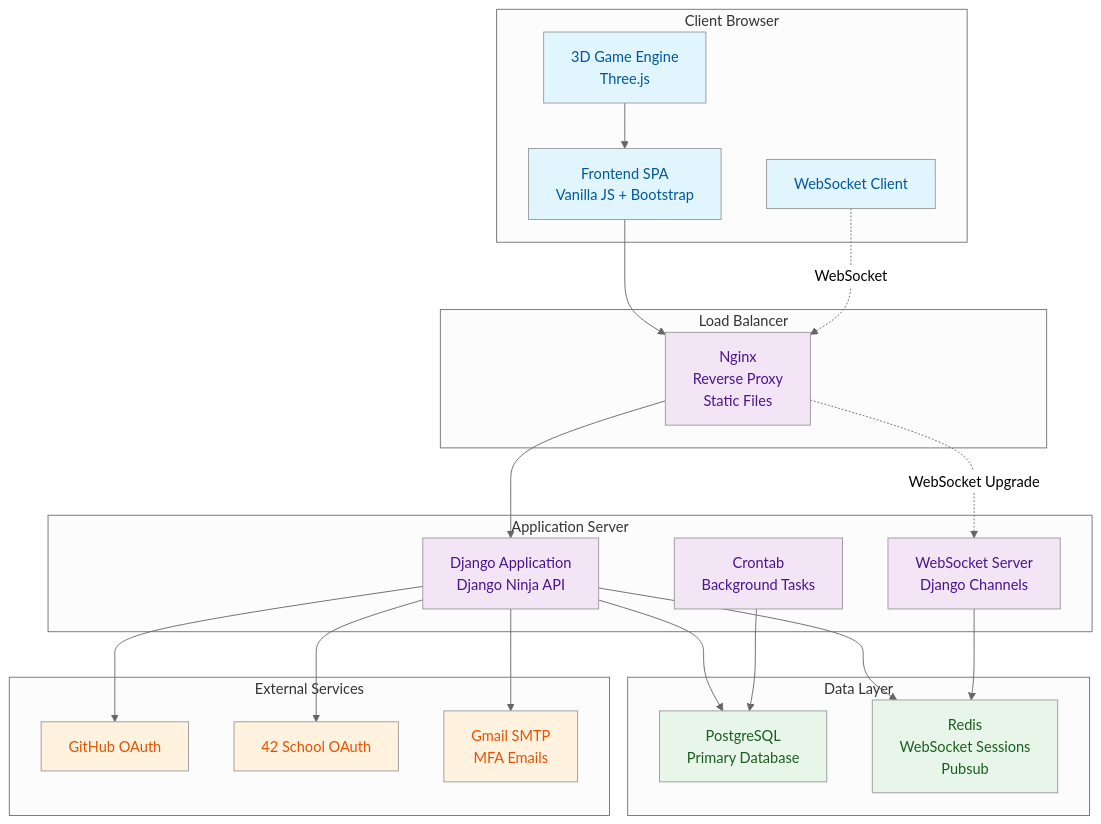
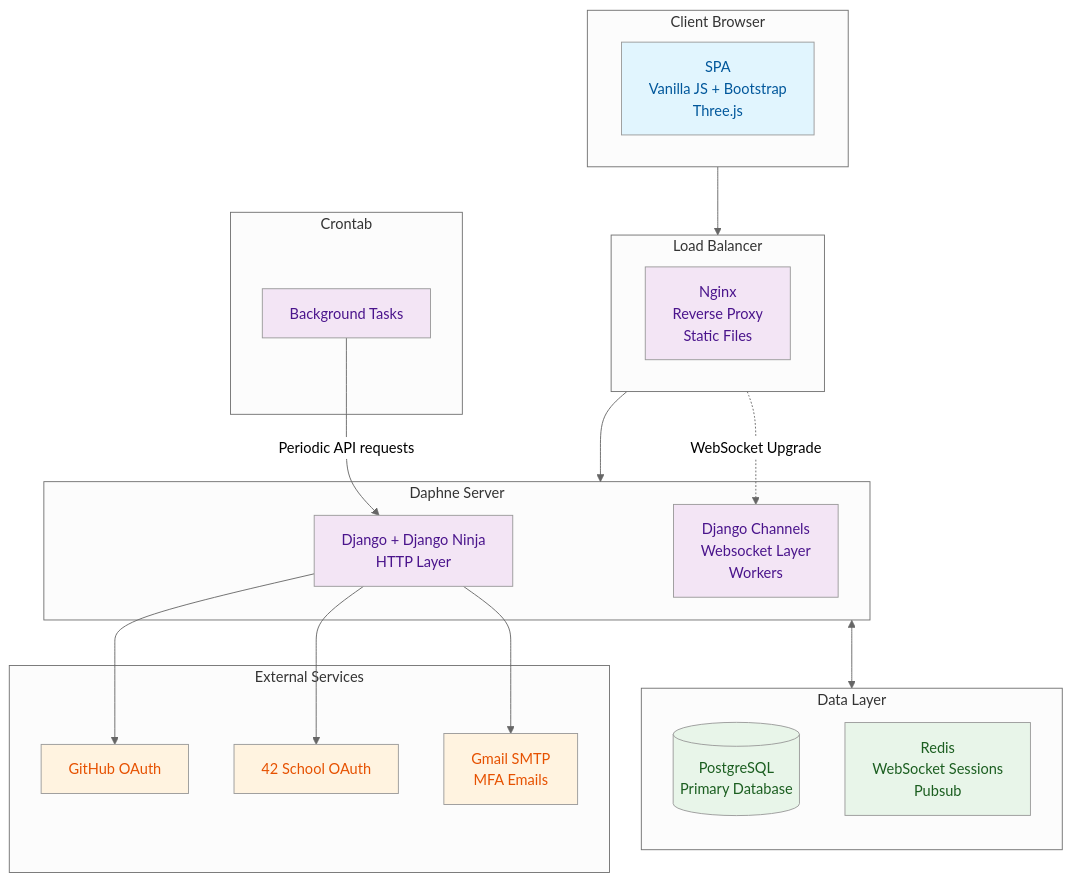
One commit to ysengoku/42-ft_transcendence changed the diagram in README.md. Above: the diagram before and after it, drawn with Mermaid (neutral theme).

Commit message:
doc: updated the diagram in the README.md

````diff
--- a/README.md
+++ b/README.md
@@ -106,61 +106,60 @@
 ```mermaid
 graph TB
-    subgraph "Client Browser"
-        UI[Frontend SPA<br/>Vanilla JS + Bootstrap]
-        WS_CLIENT[WebSocket Client]
-        GAME_ENGINE[3D Game Engine<br/>Three.js]
+    subgraph CLIENT["Client Browser"]
+        CLIENT_CONTENT[SPA<br/>Vanilla JS + Bootstrap<br/>Three.js]
     end
 
-    subgraph "Load Balancer"
-        NGINX[Nginx<br/>Reverse Proxy<br/>Static Files]
+    subgraph NGINX["Load Balancer"]
+        NGINX_CONTENT[Nginx<br/>Reverse Proxy<br/>Static Files]
     end
 
-    subgraph "Application Server"
-        DJANGO[Django Application<br/>Django Ninja API]
-        WS_SERVER[WebSocket Server<br/>Django Channels]
-        CRON[Crontab<br/>Background Tasks]
+    subgraph DAPHNE["Daphne Server"]
+        DJANGO_API[Django + Django Ninja<br/>HTTP Layer]
+        DJANGO_CHANNELS[Django Channels<br/>Websocket Layer</br>Workers]
     end
 
-    subgraph "Data Layer"
-        POSTGRES[PostgreSQL<br/>Primary Database]
+    subgraph CRON["Crontab"]
+        BACKGROUND_TASKS["Background Tasks"]
+    end
+
+    subgraph DATA_LAYER[Data Layer]
+        direction TB
+        POSTGRES[(PostgreSQL<br/>Primary Database)]
         REDIS[Redis<br/>WebSocket Sessions<br/>Pubsub]
     end
 
     subgraph "External Services"
         GITHUB[GitHub OAuth]
         FORTYTWO[42 School OAuth]
         GMAIL[Gmail SMTP<br/>MFA Emails]
     end
 
     %% Client connections
-    UI --> NGINX
-    WS_CLIENT -.->|WebSocket| NGINX
-    GAME_ENGINE --> UI
+    CLIENT --> NGINX
 
     %% Load balancer routing
-    NGINX --> DJANGO
-    NGINX -.->|WebSocket Upgrade| WS_SERVER
+    NGINX --> DAPHNE
+    NGINX -.->|WebSocket Upgrade| DJANGO_CHANNELS
 
-    %% Application layer
-    DJANGO --> POSTGRES
-    DJANGO --> REDIS
-    WS_SERVER --> REDIS
-    CRON --> POSTGRES
+    BACKGROUND_TASKS --Periodic API requests--> DJANGO_API
+
+    %% Daphne server
+    DAPHNE <--> DATA_LAYER
 
     %% External integrations
-    DJANGO --> GITHUB
-    DJANGO --> FORTYTWO
-    DJANGO --> GMAIL
+    DJANGO_API --> GITHUB
+    DJANGO_API --> FORTYTWO
+    DJANGO_API --> GMAIL
 
     %% Styling
     classDef frontend fill:#e1f5fe,color:#01579b
     classDef backend fill:#f3e5f5,color:#4a148c
     classDef database fill:#e8f5e9,color:#1b5e20
     classDef logs fill:#fce4ec,color:#880e4f
     classDef external fill:#fff3e0,color:#e65100
 
-    class UI,WS_CLIENT,GAME_ENGINE frontend
-    class NGINX,DJANGO,WS_SERVER,CRON backend
+    class CLIENT_CONTENT,WS_CLIENT frontend
+    class NGINX_CONTENT,DJANGO_API,DJANGO_CHANNELS,BACKGROUND_TASKS backend
     class POSTGRES,REDIS database
     class GITHUB,FORTYTWO,GMAIL external
 ```
````
